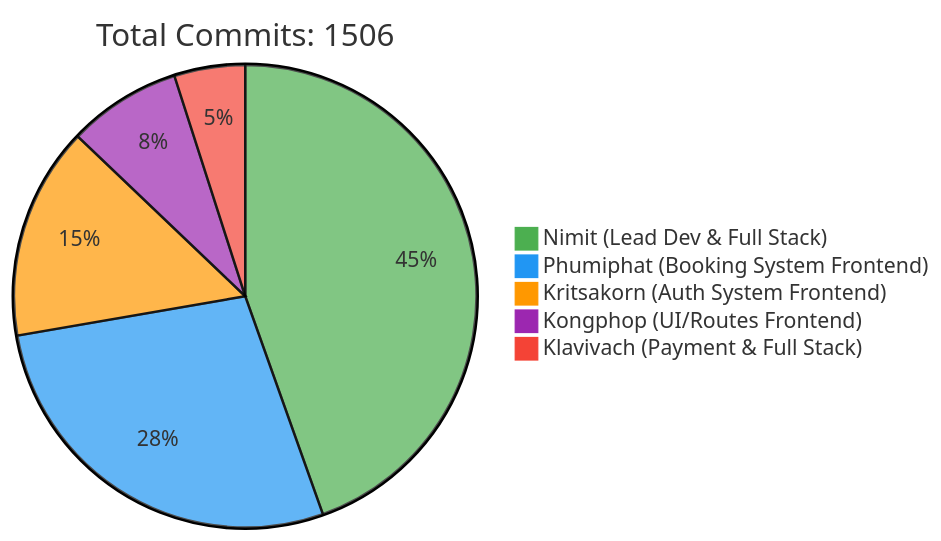
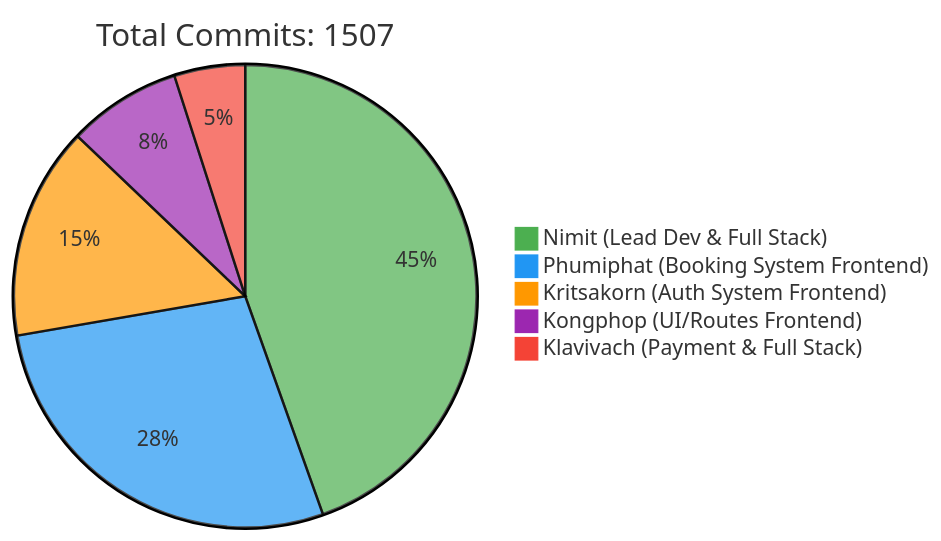
One commit to 6531503042/Sport-Complex changed the first of 2 diagrams in README.md. Above: the diagram before and after it, drawn with Mermaid. The commit also changed other lines of this file, not shown here.

Commit message:
docs: Update contributor statistics [skip ci]

````diff
--- a/README.md
+++ b/README.md
@@ -257,10 +257,10 @@
 ```mermaid
 %%{init: {'theme': 'base', 'themeVariables': { 'pie1': '#4CAF50', 'pie2': '#2196F3', 'pie3': '#FF9800', 'pie4': '#9C27B0', 'pie5': '#F44336'}}}%%
 pie
-    title Total Commits: 1506
+    title Total Commits: 1507
     "Nimit (Lead Dev & Full Stack)" : 450
     "Phumiphat (Booking System Frontend)" : 280
     "Kritsakorn (Auth System Frontend)" : 150
     "Kongphop (UI/Routes Frontend)" : 80
     "Klavivach (Payment & Full Stack)" : 50
 ```
````
